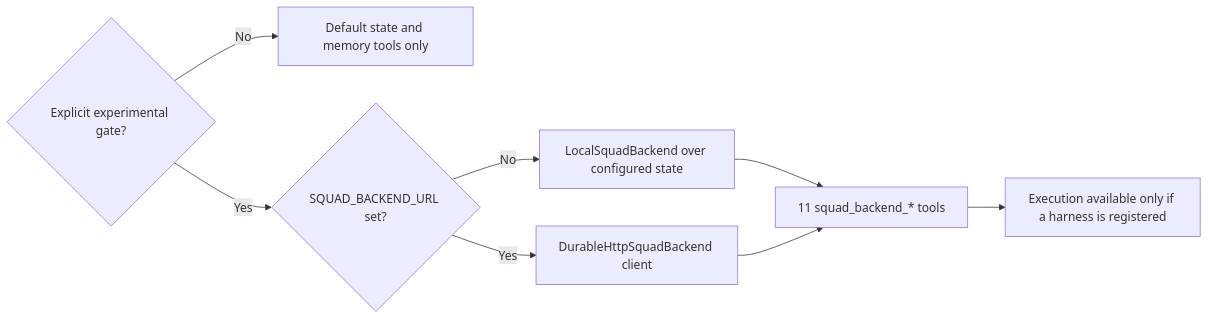
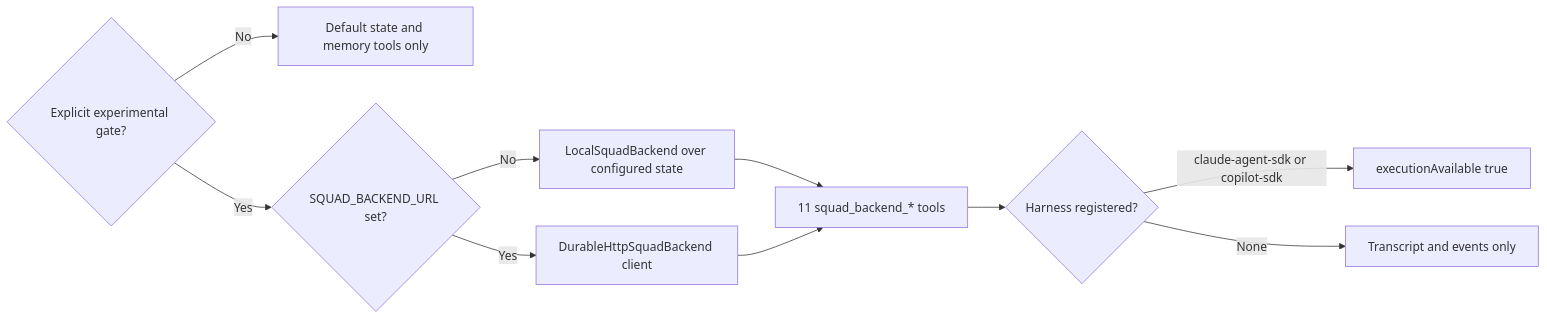
One commit to cwoodruff/squad-book changed the third of 3 diagrams in book/vol2/part-04/ch21-state-boundary-backend.md. Above: the diagram before and after it, drawn with Mermaid. The commit also changed other lines of this file and 89 other files, not shown here.

````diff
--- a/book/vol2/part-04/ch21-state-boundary-backend.md
+++ b/book/vol2/part-04/ch21-state-boundary-backend.md
@@ -171,10 +241,12 @@
 ```mermaid
 flowchart LR
   G{"Explicit experimental gate?"} -->|"No"| D["Default state and memory tools only"]
   G -->|"Yes"| U{"SQUAD_BACKEND_URL set?"}
   U -->|"No"| L["LocalSquadBackend over configured state"]
   U -->|"Yes"| H["DurableHttpSquadBackend client"]
   L --> T["11 squad_backend_* tools"]
   H --> T
-  T --> X["Execution available only if a harness is registered"]
+  T --> R{"Harness registered?"}
+  R -->|"claude-agent-sdk or copilot-sdk"| X["executionAvailable true"]
+  R -->|"None"| N["Transcript and events only"]
 ```
````
